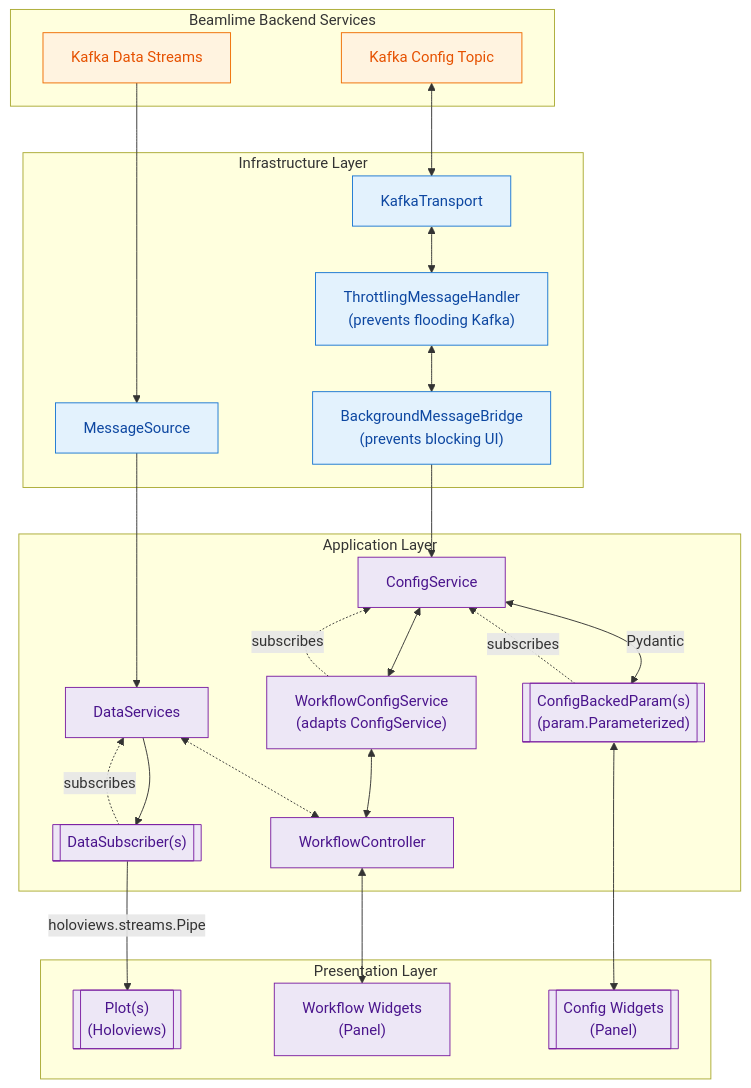
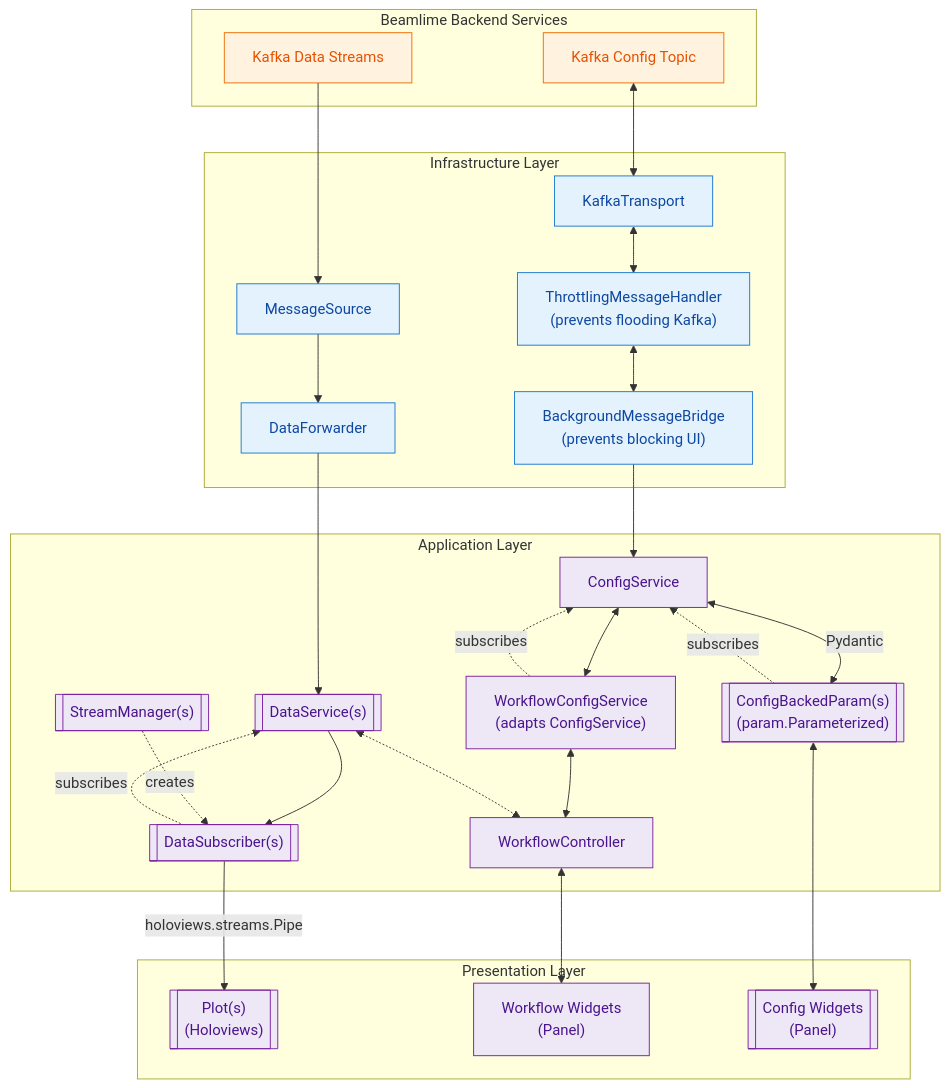
Before and after one commit to scipp/beamlime: the second of 7 diagrams in docs/developer/design/dashboard-architecture.md, drawn with Mermaid.

Commit message:
Update architecture diagram

````diff
--- a/docs/developer/design/dashboard-architecture.md
+++ b/docs/developer/design/dashboard-architecture.md
@@ -76,56 +76,60 @@
 ```mermaid
 graph TD
     subgraph "Beamlime Backend Services"
         K1[Kafka Data Streams]
         K2[Kafka Config Topic]
     end
 
     subgraph "Infrastructure Layer"
         KT[KafkaTransport]
         TMH["ThrottlingMessageHandler<br>(prevents flooding Kafka)"]
         MB["BackgroundMessageBridge<br>(prevents blocking UI)"]
         MS[MessageSource]
+        DF[DataForwarder]
     end
 
     subgraph "Application Layer"
         CS[ConfigService]
         WCS["WorkflowConfigService<br>(adapts ConfigService)"]
-        DS[DataServices]
+        DS[["DataService(s)"]]
         DSU[["DataSubscriber(s)"]]
         PM[["ConfigBackedParam(s)<br>(param.Parameterized)"]]
         WC[WorkflowController]
+        SM[["StreamManager(s)"]]
     end
 
     subgraph "Presentation Layer"
         W1[["Plot(s)<br>(Holoviews)"]]
         UI["Workflow Widgets<br>(Panel)"]
         W2[["Config Widgets<br>(Panel)"]]
     end
 
     DSU -- holoviews.streams.Pipe --> W1
     WCS <--> WC
     CS <--> WCS
     DS <-.-> WC
     WC <--> UI
     K1 --> MS
     K2 <--> KT
-    MS --> DS
+    MS --> DF
+    DF --> DS
     DS --> DSU
+    SM -.->|creates|DSU
     DSU -.->|subscribes|DS
     PM -.->|subscribes|CS
     WCS -.->|subscribes|CS
     MB --> CS
     CS <-- Pydantic --> PM
     PM <--> W2
     KT <--> TMH
     TMH <--> MB
 
     classDef kafka fill:#fff3e0,stroke:#ef6c00,color:#e65100;
     classDef infra fill:#e3f2fd,stroke:#1976d2,color:#0d47a1;
     classDef app fill:#ede7f6,stroke:#7b1fa2,color:#4a148c;
     classDef prese fill:#ede7f6,stroke:#7b1fa2,color:#4a148c;
     class K1,K2 kafka;
-    class KT,KT,TMH,MB,MS infra;
-    class CS,WCS,DS,DSU,PM,WC app;
+    class KT,KT,TMH,MB,MS,DF infra;
+    class CS,WCS,DS,DSU,PM,WC,SM app;
     class W1,UI,W2 prese;
 ```
````
